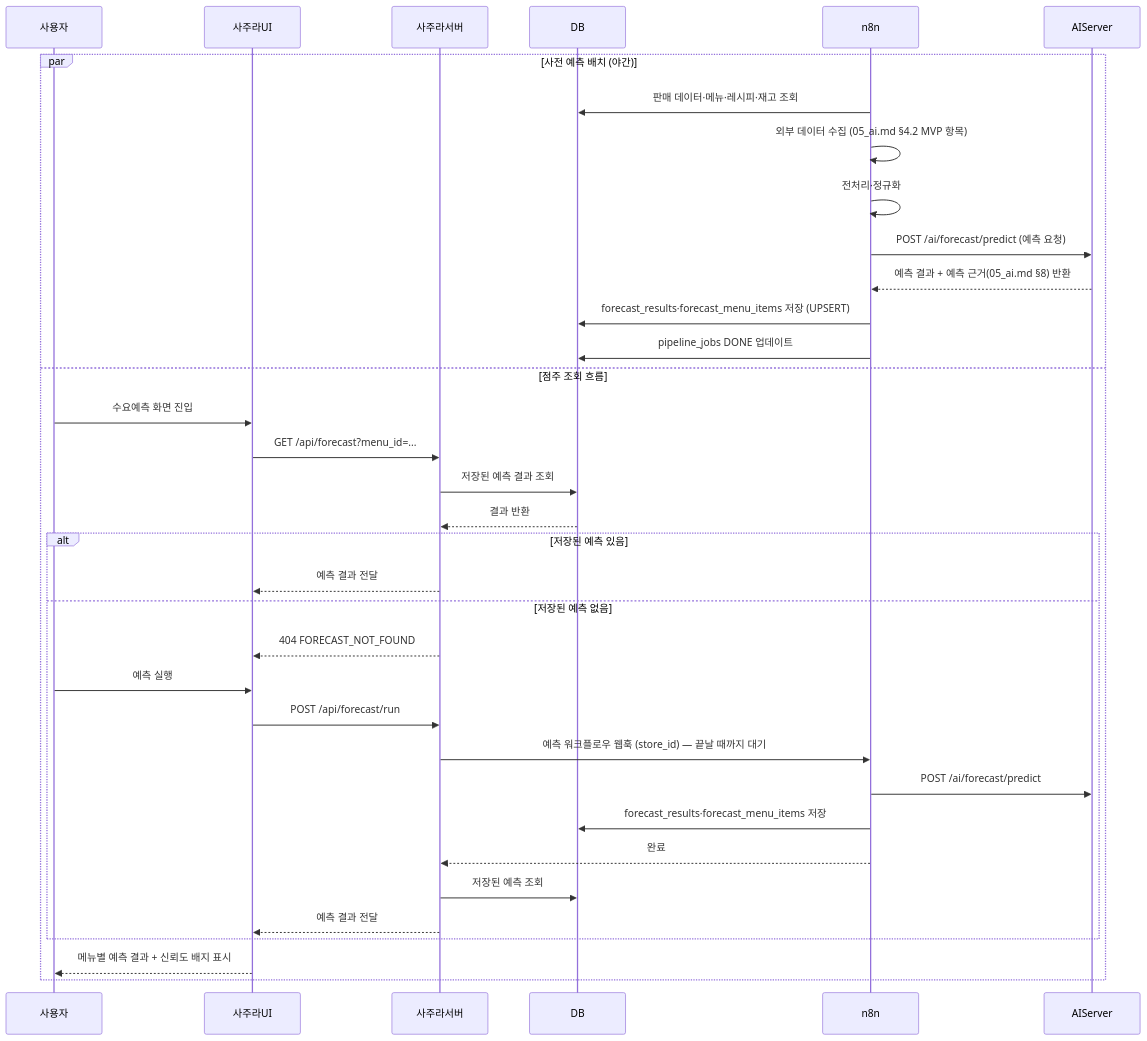
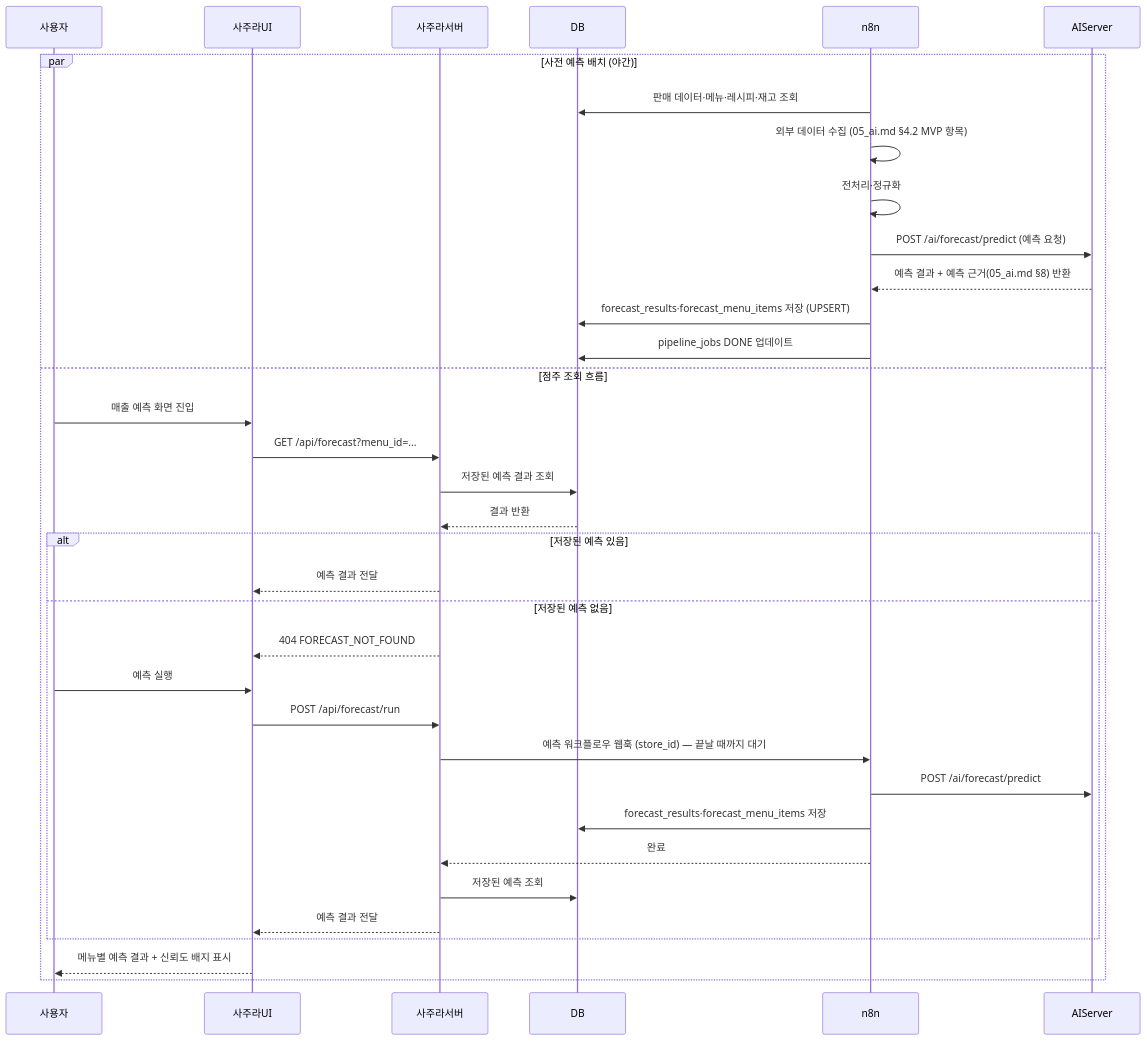
The second of 8 diagrams in docs/spec/02_implementation_design.md (h-taek/CapstoneDesign-Sajura), drawn with Mermaid before and after one commit. The commit also changed other lines of this file and 6 other files, not shown here.

````diff
--- a/docs/spec/02_implementation_design.md
+++ b/docs/spec/02_implementation_design.md
@@ -249,38 +249,38 @@
 ```mermaid
 sequenceDiagram
     participant 사용자
     participant 사주라UI
     participant 사주라서버
     participant DB
     participant n8n
     participant AIServer
 
     par 사전 예측 배치 (야간)
         n8n->>DB: 판매 데이터·메뉴·레시피·재고 조회
         n8n->>n8n: 외부 데이터 수집 (05_ai.md §4.2 MVP 항목)
         n8n->>n8n: 전처리·정규화
         n8n->>AIServer: POST /ai/forecast/predict (예측 요청)
         AIServer-->>n8n: 예측 결과 + 예측 근거(05_ai.md §8) 반환
         n8n->>DB: forecast_results·forecast_menu_items 저장 (UPSERT)
         n8n->>DB: pipeline_jobs DONE 업데이트
     and 점주 조회 흐름
-        사용자->>사주라UI: 수요예측 화면 진입
+        사용자->>사주라UI: 매출 예측 화면 진입
         사주라UI->>사주라서버: GET /api/forecast?menu_id=...
         사주라서버->>DB: 저장된 예측 결과 조회
         DB-->>사주라서버: 결과 반환
         alt 저장된 예측 있음
             사주라서버-->>사주라UI: 예측 결과 전달
         else 저장된 예측 없음
             사주라서버-->>사주라UI: 404 FORECAST_NOT_FOUND
             사용자->>사주라UI: 예측 실행
             사주라UI->>사주라서버: POST /api/forecast/run
             사주라서버->>n8n: 예측 워크플로우 웹훅 (store_id) — 끝날 때까지 대기
             n8n->>AIServer: POST /ai/forecast/predict
             n8n->>DB: forecast_results·forecast_menu_items 저장
             n8n-->>사주라서버: 완료
             사주라서버->>DB: 저장된 예측 조회
             사주라서버-->>사주라UI: 예측 결과 전달
         end
         사주라UI-->>사용자: 메뉴별 예측 결과 + 신뢰도 배지 표시
     end
 ```
````
